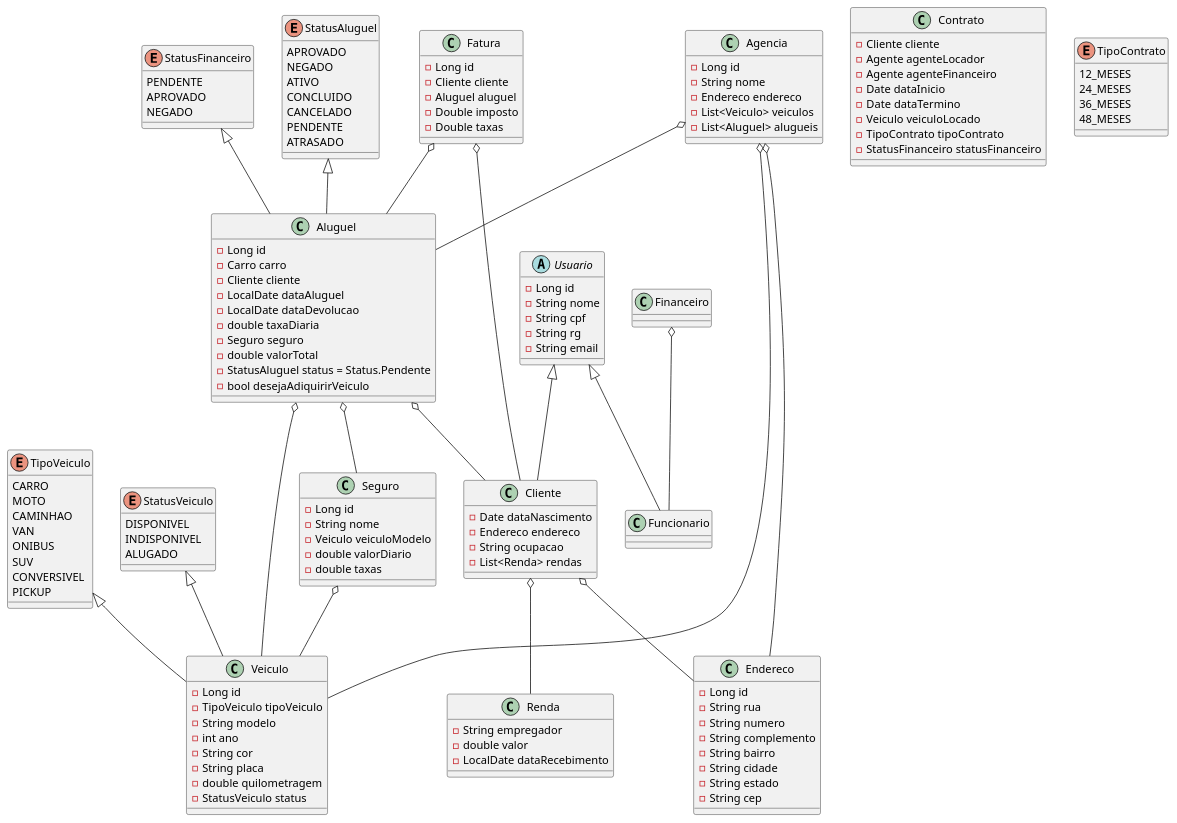
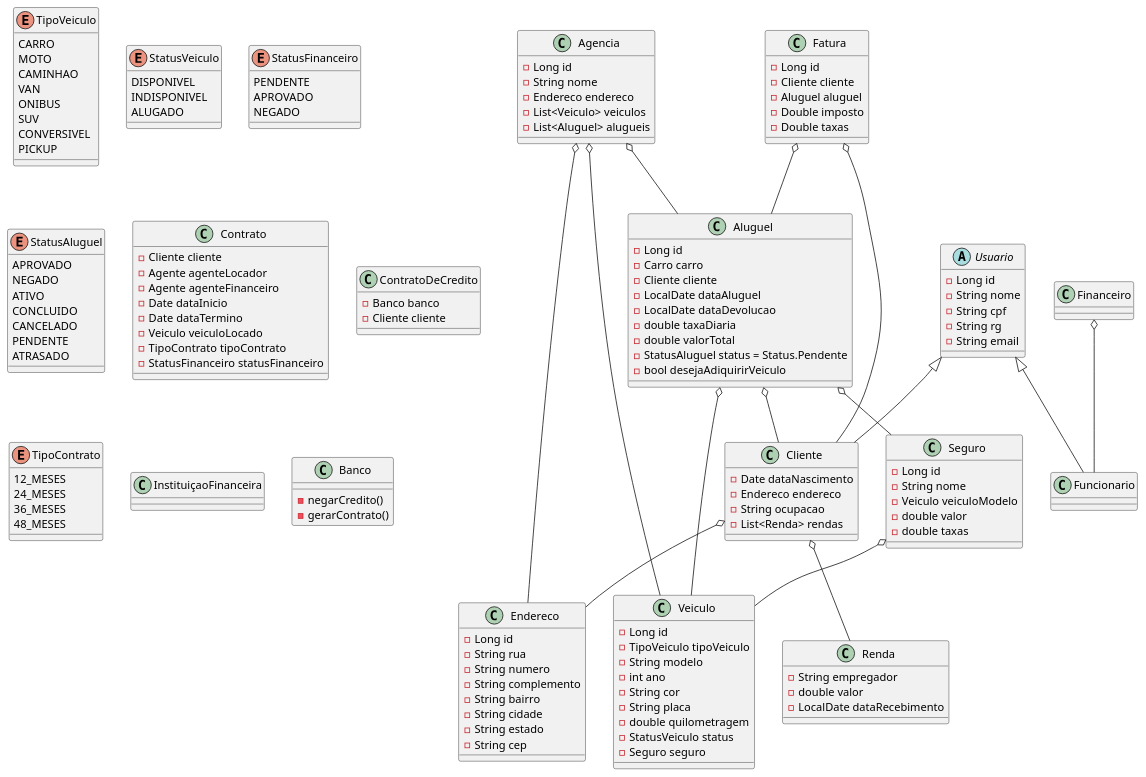
Before and after one commit to software-engineering-graduation/sistema_aluguel_carros-lds2024: the diagram in projeto/diagrama_de_classes.puml, drawn with PlantUML. The commit also changed other lines of this file, not shown here.

```diff
--- a/projeto/diagrama_de_classes.puml
+++ b/projeto/diagrama_de_classes.puml
@@ -1,171 +2,182 @@
 @startuml
 abstract class Usuario {
     -Long id
     -String nome
     -String cpf
     -String rg
     -String email
 }
 
 class Cliente {
     -Date dataNascimento
     -Endereco endereco
     -String ocupacao
     -List<Renda> rendas
 }
 
 class Renda {
     -String empregador
     -double valor
     -LocalDate dataRecebimento
 }
 
 class Endereco {
     -Long id
     -String rua
     -String numero
     -String complemento
     -String bairro
     -String cidade
     -String estado
     -String cep
 }
 
 'matrícula, ano, marca, modelo e placa.
 class Veiculo {
     -Long id
     -TipoVeiculo tipoVeiculo
     -String modelo
     -int ano
     -String cor
     -String placa
     -double quilometragem
-    -StatusVeiculo status    
+    -StatusVeiculo status
+    -Seguro seguro
+    
 }
 
 Enum TipoVeiculo {
     CARRO
     MOTO
     CAMINHAO
     VAN
     ONIBUS
     SUV
     CONVERSIVEL
     PICKUP
 }
 
 Enum StatusVeiculo {
     DISPONIVEL
     INDISPONIVEL
     ALUGADO
 }
 
 class Aluguel {
     -Long id
     -Carro carro
     -Cliente cliente
     -LocalDate dataAluguel
     -LocalDate dataDevolucao
     -double taxaDiaria
-    -Seguro seguro
     -double valorTotal
     -StatusAluguel status = Status.Pendente
     -bool desejaAdiquirirVeiculo
 }
 
 Enum StatusFinanceiro {
     PENDENTE
     APROVADO
     NEGADO
 }
 
 Enum StatusAluguel {
     APROVADO
     NEGADO
     ATIVO
     CONCLUIDO
     CANCELADO
     PENDENTE
     ATRASADO
 }
 
 class Agencia {
     -Long id
     -String nome
     -Endereco endereco
     -List<Veiculo> veiculos
     -List<Aluguel> alugueis
 
 '    +listarVeiculosDisponiveis()
 '    +alugarVeiculo()
 '    +receberVeiculo()
 '    +atualizarFatura()
 '    +obterAlugueisCliente(Cliente cliente)
 '    +buscarVeiculoPorPlaca(String placa)
 '    +obterAlugueisAtrasados()
 }
 
 class Fatura {
     -Long id
     -Cliente cliente
     -Aluguel aluguel
     -Double imposto
     -Double taxas
 }
 
 class Financeiro {
 '    -verificarAlugueisPendentes()
 '    -verificarAlugueisAprovados()
 '    -verificarAlugueisNegados()
 '    -aprovarAluguel()
 '    -negarAluguel()
 }
 
 class Contrato{
     -Cliente cliente
     -Agente agenteLocador
     -Agente agenteFinanceiro
     -Date dataInicio
     -Date dataTermino
     -Veiculo veiculoLocado
     -TipoContrato tipoContrato
     -StatusFinanceiro statusFinanceiro
 }
 
+class ContratoDeCredito{
+    -Banco banco
+    -Cliente cliente
+}
+
 Enum TipoContrato{
     12_MESES
     24_MESES
     36_MESES
     48_MESES
 }
 
+class InstituiçaoFinanceira{
+
+}
+
+class Banco{
+    -negarCredito()
+    -gerarContrato()
+}
+
 
 class Seguro {
     -Long id
     -String nome
     -Veiculo veiculoModelo
-    -double valorDiario
+    -double valor
     -double taxas
 }
 
 Cliente o-- Endereco
 Cliente o-- Renda
 Aluguel o-- Veiculo
 Aluguel o-- Cliente
 Aluguel o-- Seguro
 Agencia o-- Endereco
 Agencia o-- Veiculo
 Agencia o-- Aluguel
 Fatura o-- Cliente
 Fatura o-- Aluguel
 Financeiro o-- Funcionario
 Seguro o-- Veiculo
 
 Usuario <|-- Funcionario
 Usuario <|-- Cliente
 
-TipoVeiculo <|-- Veiculo
-StatusVeiculo <|-- Veiculo
-StatusFinanceiro <|-- Aluguel
-StatusAluguel <|-- Aluguel
 @enduml
```
